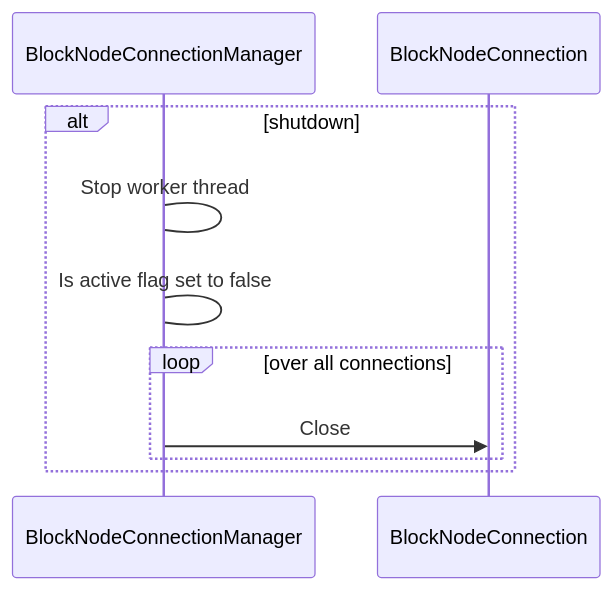
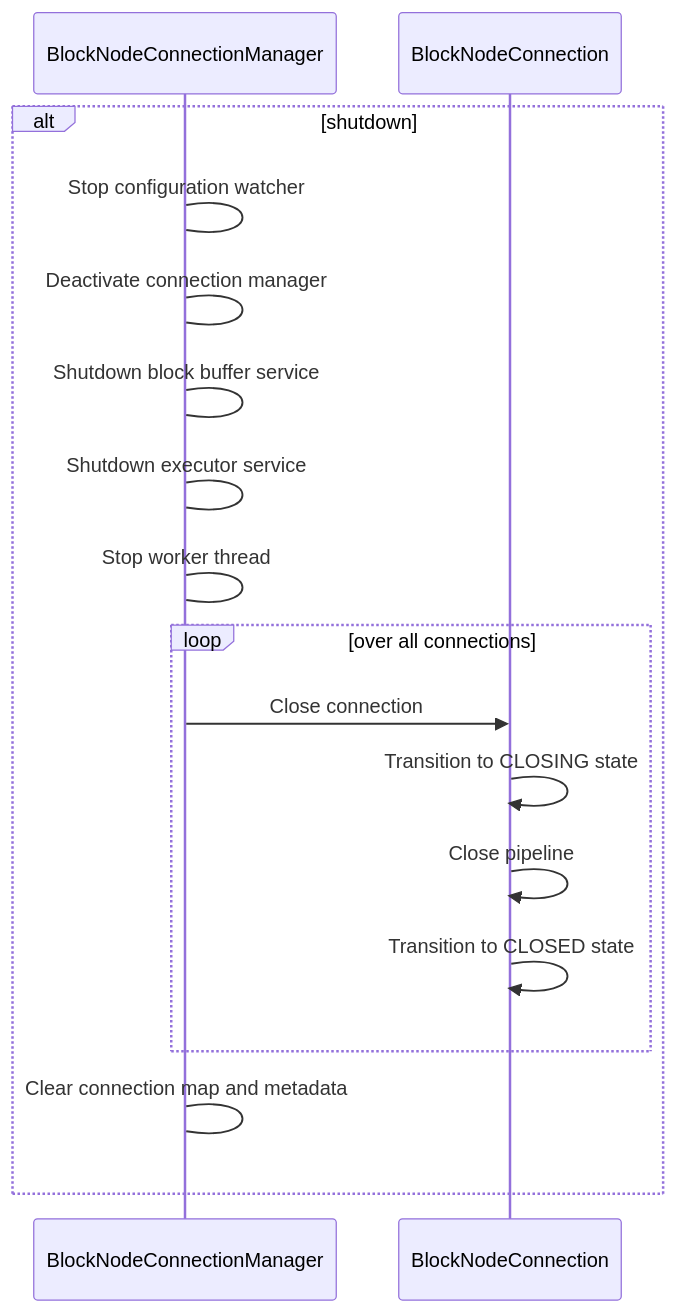
Before and after one commit to hiero-ledger/hiero-consensus-node: the third of 3 diagrams in hedera-node/docs/design/app/blocks/BlockNodeConnectionManager.md, drawn with Mermaid. The commit also changed other lines of this file and 1 other file, not shown here.

Commit message:
Update BN connection documentation

````diff
--- a/hedera-node/docs/design/app/blocks/BlockNodeConnectionManager.md
+++ b/hedera-node/docs/design/app/blocks/BlockNodeConnectionManager.md
@@ -90,14 +115,21 @@
 ```mermaid
 sequenceDiagram
     participant Manager as BlockNodeConnectionManager
     participant Conn as BlockNodeConnection
 
     alt shutdown
+      Manager -> Manager: Stop configuration watcher
+      Manager -> Manager: Deactivate connection manager
+      Manager -> Manager: Shutdown block buffer service
+      Manager -> Manager: Shutdown executor service
       Manager -> Manager: Stop worker thread
-      Manager -> Manager: Is active flag set to false
       loop over all connections
-        Manager ->> Conn: Close
+        Manager ->> Conn: Close connection
+        Conn ->> Conn: Transition to CLOSING state
+        Conn ->> Conn: Close pipeline
+        Conn ->> Conn: Transition to CLOSED state
       end
+      Manager -> Manager: Clear connection map and metadata
     end
 
 ```
````
